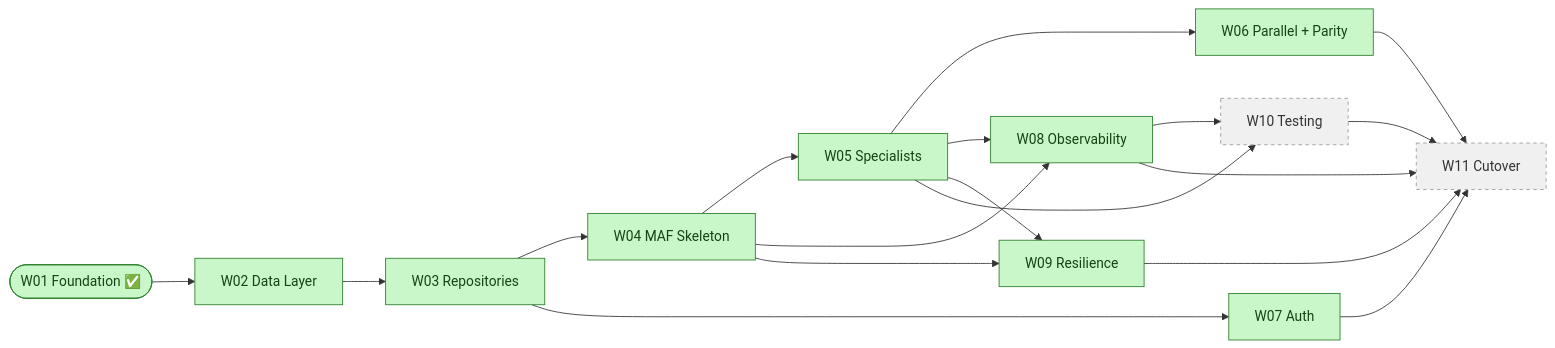
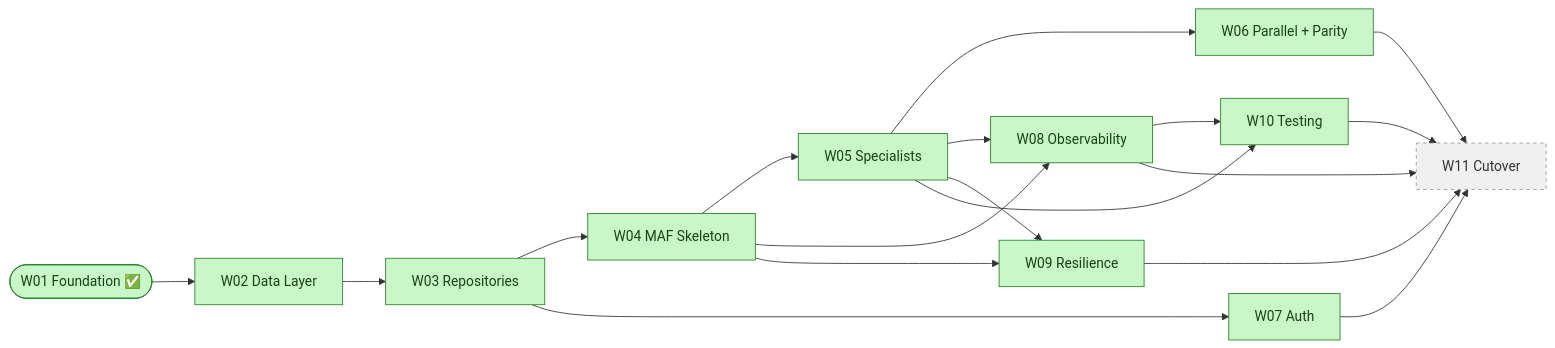
One commit to nandyap/EPG-MAF changed the diagram in docs/workstreams/workstream-log.md. Above: the diagram before and after it, drawn with Mermaid. The commit also changed other lines of this file and 17 other files, not shown here.

````diff
--- a/docs/workstreams/workstream-log.md
+++ b/docs/workstreams/workstream-log.md
@@ -57,29 +57,30 @@
 ```mermaid
 flowchart LR
     W01([W01 Foundation ✅]) --> W02[W02 Data Layer]
     W02 --> W03[W03 Repositories]
     W03 --> W04[W04 MAF Skeleton]
     W04 --> W05[W05 Specialists]
     W05 --> W06[W06 Parallel + Parity]
     W03 --> W07[W07 Auth]
     W04 --> W08[W08 Observability]
     W05 --> W08
     W04 --> W09[W09 Resilience]
     W05 --> W09
     W05 --> W10[W10 Testing]
     W08 --> W10
     W06 & W07 & W08 & W09 & W10 --> W11[W11 Cutover]
 
     classDef done fill:#c9f7c9,stroke:#2a7f2a,color:#154315
     classDef pending fill:#f0f0f0,stroke:#999,stroke-dasharray:4 4
     class W01 done
     class W02 done
     class W03 done
     class W04 done
     class W05 done
     class W06 done
     class W07 done
     class W08 done
     class W09 done
-    class W10,W11 pending
+    class W10 done
+    class W11 pending
 ```
````
